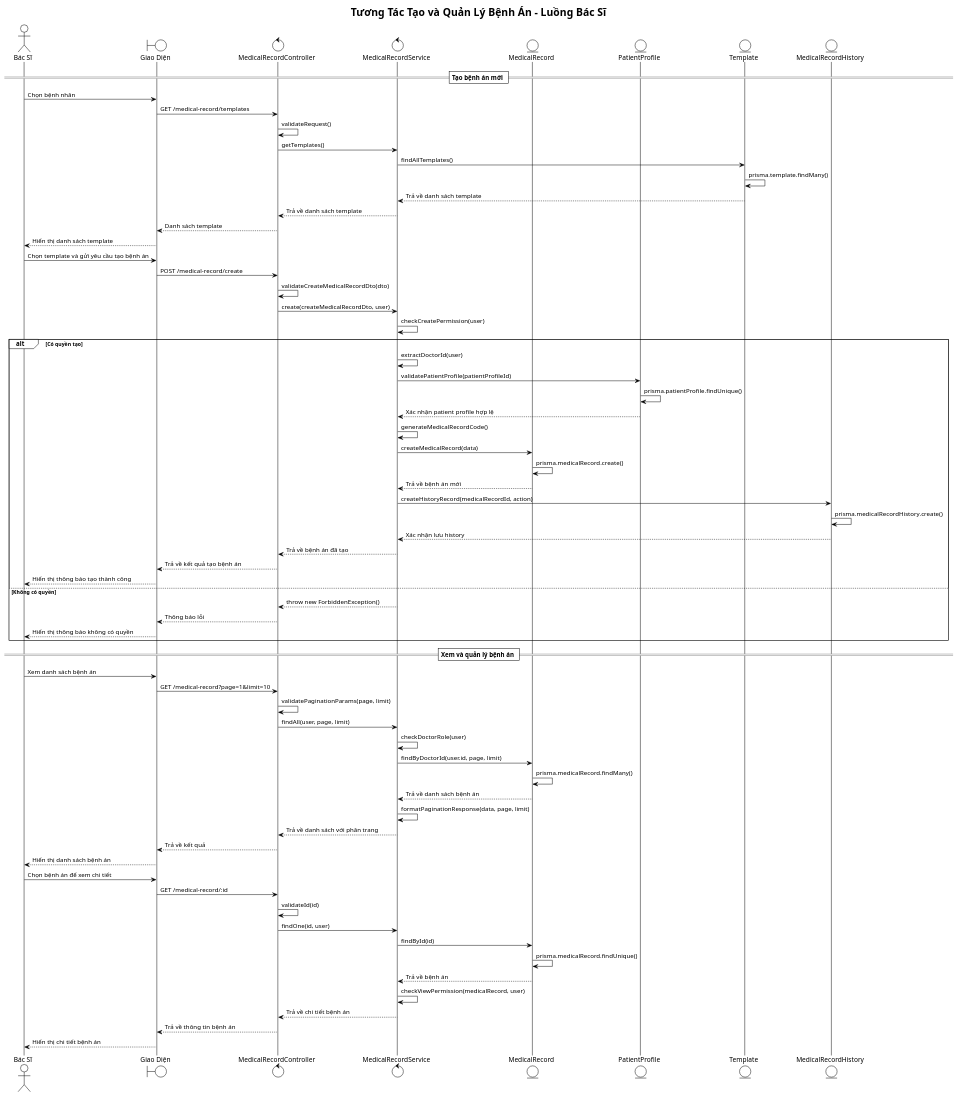
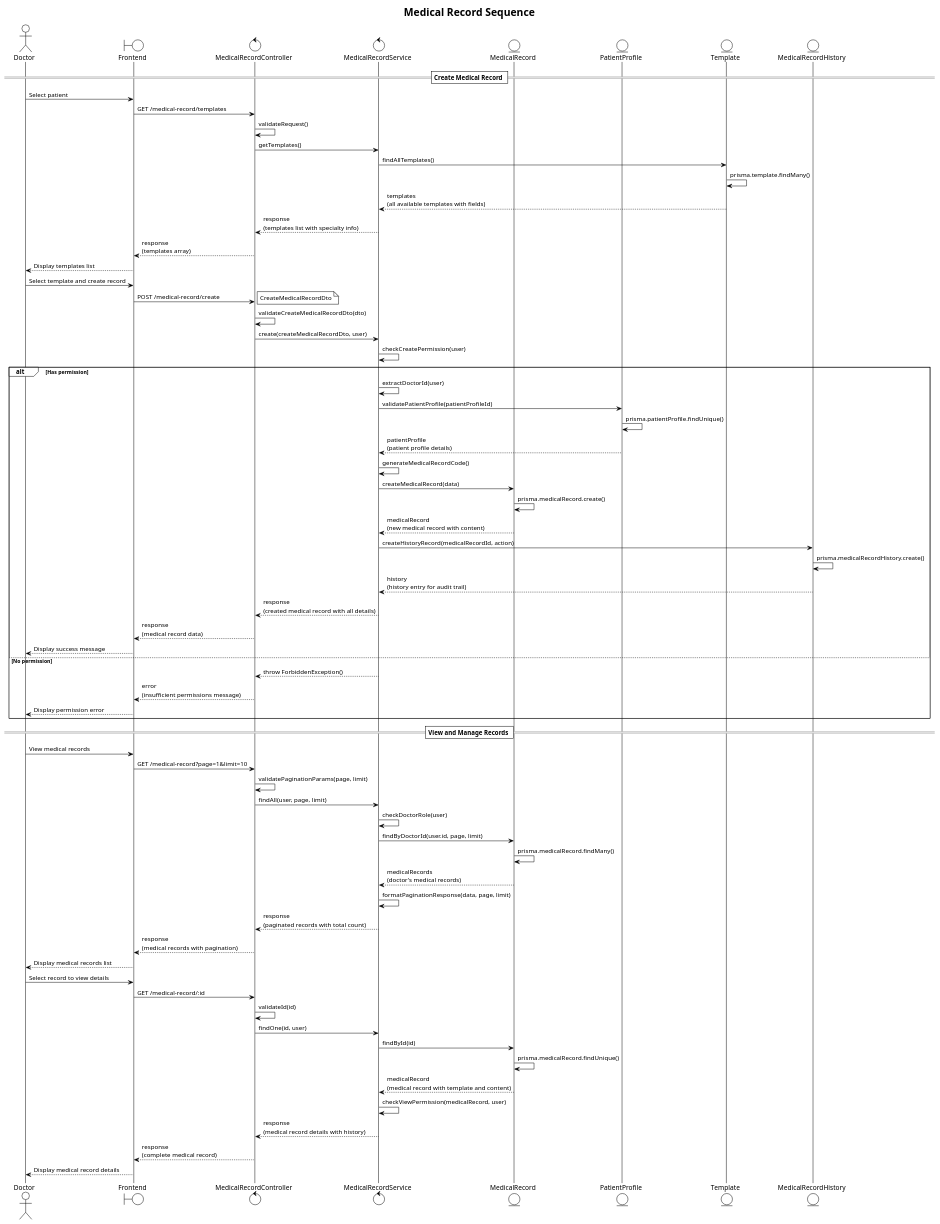
The diagram in docs/medical-record-sequence.puml (iamKhang/revita-be), drawn with PlantUML before and after one commit. The commit also changed 7 other files, not shown here.

Commit message:
Update sequence diagram

```diff
--- a/docs/medical-record-sequence.puml
+++ b/docs/medical-record-sequence.puml
@@ -1,86 +1,86 @@
 @startuml Medical Record Sequence Diagram
 !theme plain
-title Tương Tác Tạo và Quản Lý Bệnh Án - Luồng Bác Sĩ
+title Medical Record Sequence
 
-actor "Bác Sĩ" as D
-boundary "Giao Diện" as F
+actor "Doctor" as D
+boundary "Frontend" as F
 control "MedicalRecordController" as C
 control "MedicalRecordService" as M
 entity "MedicalRecord" as MR
 entity "PatientProfile" as PP
 entity "Template" as T
 entity "MedicalRecordHistory" as MRH
 
-== Tạo bệnh án mới ==
+== Create Medical Record ==
 
-D -> F: Chọn bệnh nhân
+D -> F: Select patient
 F -> C: GET /medical-record/templates
 C -> C: validateRequest()
 C -> M: getTemplates()
 M -> T: findAllTemplates()
 T -> T: prisma.template.findMany()
-T --> M: Trả về danh sách template
-M --> C: Trả về danh sách template
-C --> F: Danh sách template
-F --> D: Hiển thị danh sách template
+T --> M: templates\n(all available templates with fields)
+M --> C: response\n(templates list with specialty info)
+C --> F: response\n(templates array)
+F --> D: Display templates list
 
-D -> F: Chọn template và gửi yêu cầu tạo bệnh án
+D -> F: Select template and create record
 F -> C: POST /medical-record/create
+note right: CreateMedicalRecordDto
 C -> C: validateCreateMedicalRecordDto(dto)
 C -> M: create(createMedicalRecordDto, user)
 M -> M: checkCreatePermission(user)
 
-alt Có quyền tạo
+alt Has permission
   M -> M: extractDoctorId(user)
   M -> PP: validatePatientProfile(patientProfileId)
   PP -> PP: prisma.patientProfile.findUnique()
-  PP --> M: Xác nhận patient profile hợp lệ
+  PP --> M: patientProfile\n(patient profile details)
   
   M -> M: generateMedicalRecordCode()
   M -> MR: createMedicalRecord(data)
   MR -> MR: prisma.medicalRecord.create()
-  MR --> M: Trả về bệnh án mới
+  MR --> M: medicalRecord\n(new medical record with content)
   
   M -> MRH: createHistoryRecord(medicalRecordId, action)
   MRH -> MRH: prisma.medicalRecordHistory.create()
-  MRH --> M: Xác nhận lưu history
+  MRH --> M: history\n(history entry for audit trail)
   
-  M --> C: Trả về bệnh án đã tạo
-  C --> F: Trả về kết quả tạo bệnh án
-  F --> D: Hiển thị thông báo tạo thành công
+  M --> C: response\n(created medical record with all details)
+  C --> F: response\n(medical record data)
+  F --> D: Display success message
   
-else Không có quyền
-  M --> C: throw new ForbiddenException()
-  C --> F: Thông báo lỗi
-  F --> D: Hiển thị thông báo không có quyền
+else No permission
+  M --> C: throw ForbiddenException()
+  C --> F: error\n(insufficient permissions message)
+  F --> D: Display permission error
 end
 
-== Xem và quản lý bệnh án ==
+== View and Manage Records ==
 
-D -> F: Xem danh sách bệnh án
+D -> F: View medical records
 F -> C: GET /medical-record?page=1&limit=10
 C -> C: validatePaginationParams(page, limit)
 C -> M: findAll(user, page, limit)
 M -> M: checkDoctorRole(user)
 M -> MR: findByDoctorId(user.id, page, limit)
 MR -> MR: prisma.medicalRecord.findMany()
-MR --> M: Trả về danh sách bệnh án
+MR --> M: medicalRecords\n(doctor's medical records)
 M -> M: formatPaginationResponse(data, page, limit)
-M --> C: Trả về danh sách với phân trang
-C --> F: Trả về kết quả
-F --> D: Hiển thị danh sách bệnh án
+M --> C: response\n(paginated records with total count)
+C --> F: response\n(medical records with pagination)
+F --> D: Display medical records list
 
-D -> F: Chọn bệnh án để xem chi tiết
+D -> F: Select record to view details
 F -> C: GET /medical-record/:id
 C -> C: validateId(id)
 C -> M: findOne(id, user)
 M -> MR: findById(id)
 MR -> MR: prisma.medicalRecord.findUnique()
-MR --> M: Trả về bệnh án
+MR --> M: medicalRecord\n(medical record with template and content)
 M -> M: checkViewPermission(medicalRecord, user)
-M --> C: Trả về chi tiết bệnh án
-C --> F: Trả về thông tin bệnh án
-F --> D: Hiển thị chi tiết bệnh án
-
+M --> C: response\n(medical record details with history)
+C --> F: response\n(complete medical record)
+F --> D: Display medical record details
 
 @enduml
```
